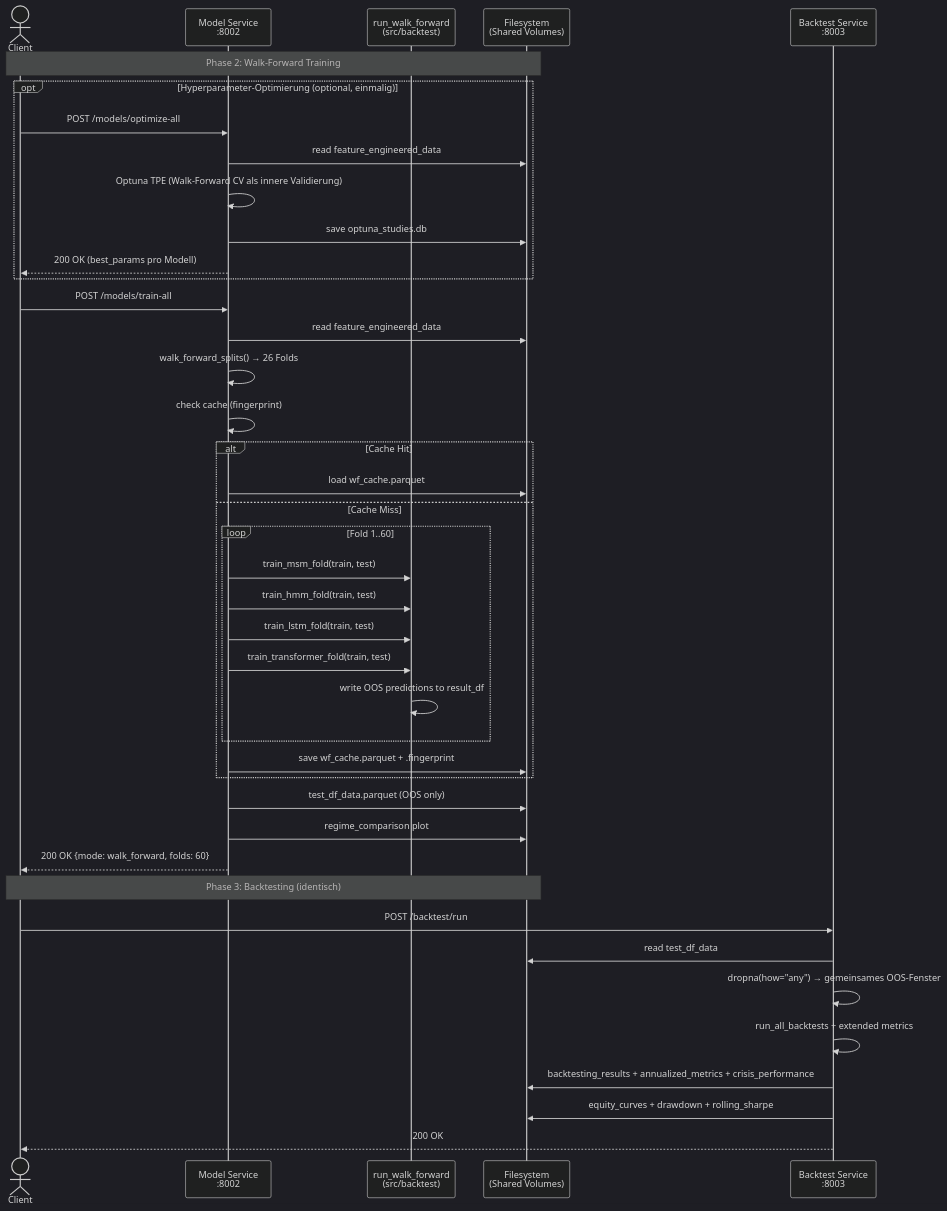
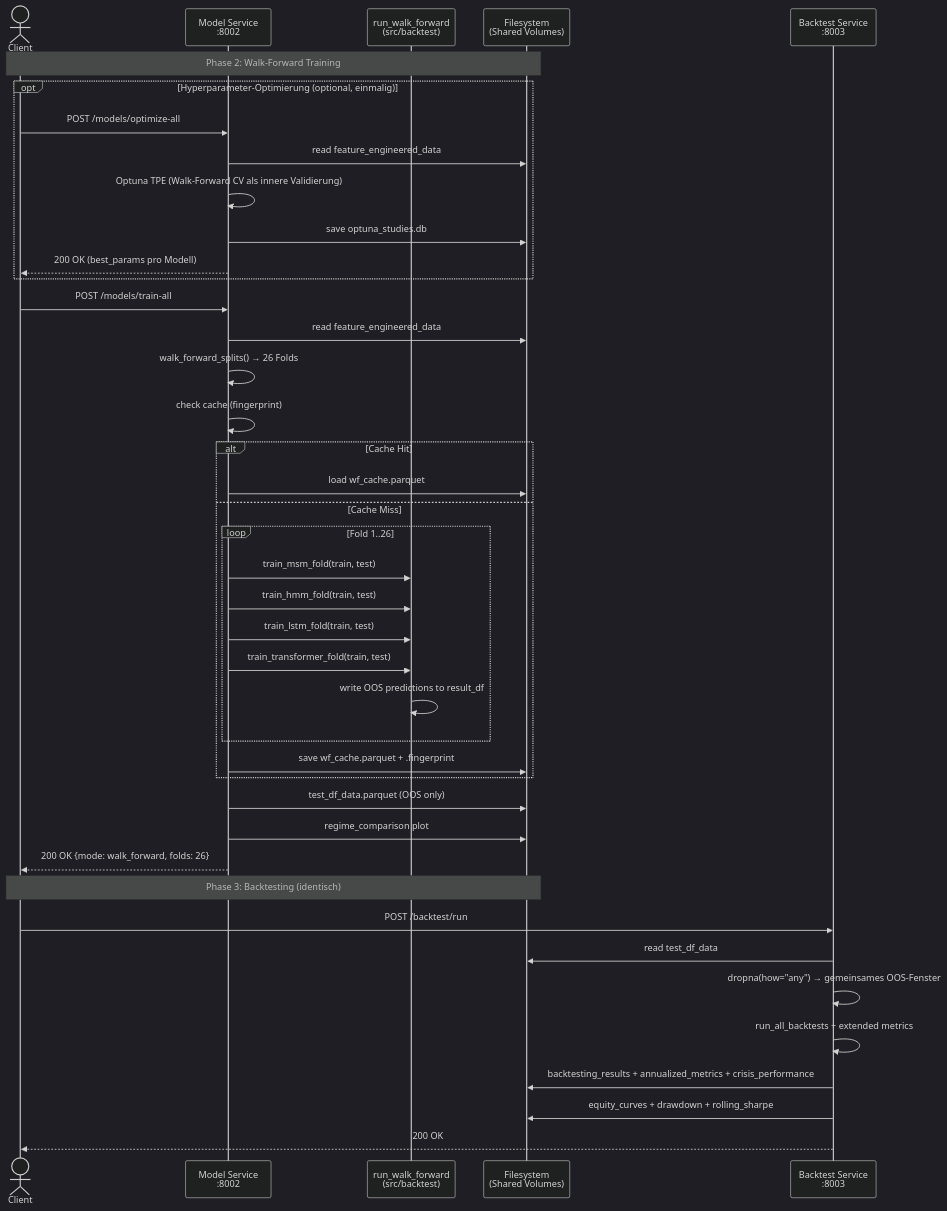
Before and after one commit to Torim98/regime-switching-daa-paper: the second of 3 diagrams in docs/microservice-sequence-diagram.md, drawn with Mermaid (dark theme).

Commit message:
Update fold count in microservice sequence diagram

````diff
--- a/docs/microservice-sequence-diagram.md
+++ b/docs/microservice-sequence-diagram.md
@@ -83,45 +83,45 @@
 ```mermaid
 sequenceDiagram
     actor Client
     participant MS as Model Service<br/>:8002
     participant WF as run_walk_forward<br/>(src/backtest)
     participant FS as Filesystem<br/>(Shared Volumes)
     participant BS as Backtest Service<br/>:8003
 
     Note over Client,FS: Phase 2: Walk-Forward Training
 	opt Hyperparameter-Optimierung (optional, einmalig)
         Client->>MS: POST /models/optimize-all
         MS->>FS: read feature_engineered_data
         MS->>MS: Optuna TPE (Walk-Forward CV als innere Validierung)
         MS->>FS: save optuna_studies.db
         MS-->>Client: 200 OK (best_params pro Modell)
     end
     Client->>MS: POST /models/train-all
     MS->>FS: read feature_engineered_data
     MS->>MS: walk_forward_splits() → 26 Folds
     MS->>MS: check cache (fingerprint)
     alt Cache Hit
         MS->>FS: load wf_cache.parquet
     else Cache Miss
-        loop Fold 1..60
+        loop Fold 1..26
             MS->>WF: train_msm_fold(train, test)
             MS->>WF: train_hmm_fold(train, test)
             MS->>WF: train_lstm_fold(train, test)
             MS->>WF: train_transformer_fold(train, test)
             WF->>WF: write OOS predictions to result_df
         end
         MS->>FS: save wf_cache.parquet + .fingerprint
     end
     MS->>FS: test_df_data.parquet (OOS only)
     MS->>FS: regime_comparison plot
-    MS-->>Client: 200 OK {mode: walk_forward, folds: 60}
+    MS-->>Client: 200 OK {mode: walk_forward, folds: 26}
 
     Note over Client,FS: Phase 3: Backtesting (identisch)
     Client->>BS: POST /backtest/run
     BS->>FS: read test_df_data
     BS->>BS: dropna(how="any") → gemeinsames OOS-Fenster
     BS->>BS: run_all_backtests + extended metrics
     BS->>FS: backtesting_results + annualized_metrics + crisis_performance
     BS->>FS: equity_curves + drawdown + rolling_sharpe
     BS-->>Client: 200 OK
 ```
````
